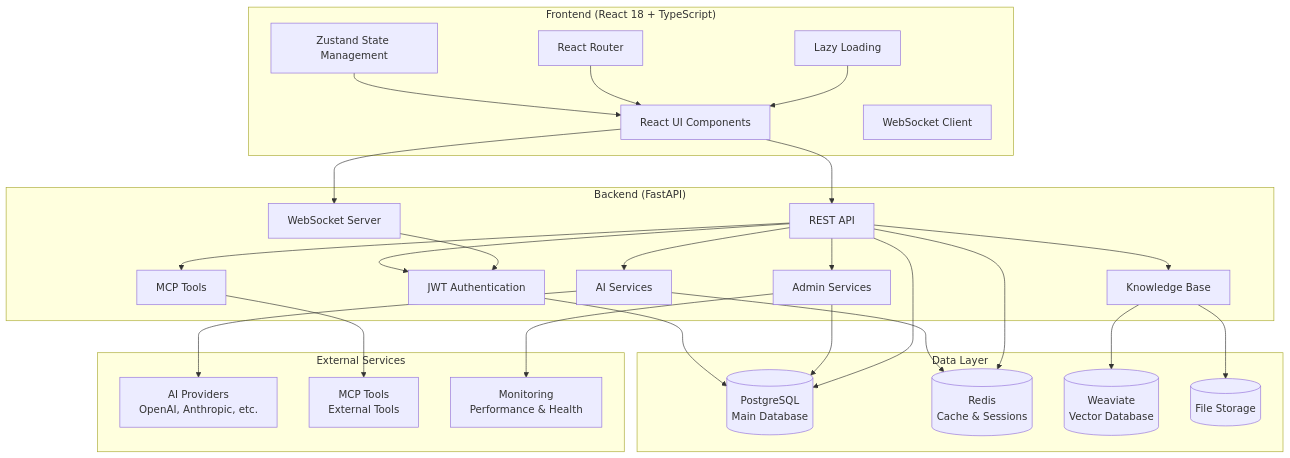
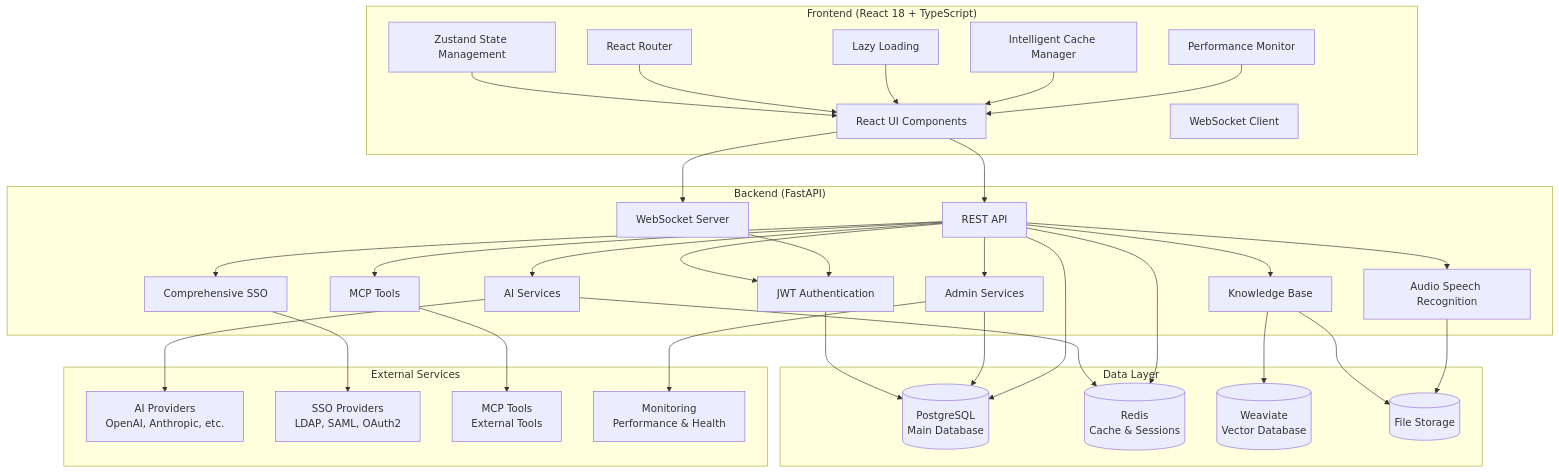
Before and after one commit to ConvoSphere/ConvoSphere: the diagram in docs/index.md, drawn with Mermaid. The commit also changed other lines of this file and 4 other files, not shown here.

````diff
--- a/docs/index.md
+++ b/docs/index.md
@@ -126,58 +176,69 @@
 ```mermaid
 graph TB
     subgraph "Frontend (React 18 + TypeScript)"
         UI[React UI Components]
         WS[WebSocket Client]
         State[Zustand State Management]
         Router[React Router]
         Lazy[Lazy Loading]
+        Cache[Intelligent Cache Manager]
+        Perf[Performance Monitor]
     end
     
     subgraph "Backend (FastAPI)"
         API[REST API]
         WS_Server[WebSocket Server]
         Auth[JWT Authentication]
+        SSO[Comprehensive SSO]
         AI[AI Services]
         KB[Knowledge Base]
         Tools[MCP Tools]
         Admin[Admin Services]
+        ASR[Audio Speech Recognition]
     end
     
     subgraph "Data Layer"
         PG[(PostgreSQL<br/>Main Database)]
         Redis[(Redis<br/>Cache & Sessions)]
         Weaviate[(Weaviate<br/>Vector Database)]
         Storage[(File Storage)]
     end
     
     subgraph "External Services"
         AI_Providers[AI Providers<br/>OpenAI, Anthropic, etc.]
+        SSO_Providers[SSO Providers<br/>LDAP, SAML, OAuth2]
         MCP_Tools[MCP Tools<br/>External Tools]
         Monitor[Monitoring<br/>Performance & Health]
     end
     
     UI --> API
     UI --> WS_Server
     State --> UI
     Router --> UI
     Lazy --> UI
+    Cache --> UI
+    Perf --> UI
     
     API --> Auth
+    API --> SSO
     API --> AI
     API --> KB
     API --> Tools
     API --> Admin
+    API --> ASR
     WS_Server --> Auth
     
     Auth --> PG
+    SSO --> SSO_Providers
     AI --> AI_Providers
     AI --> Redis
     KB --> Weaviate
     KB --> Storage
     Tools --> MCP_Tools
     Admin --> PG
     Admin --> Monitor
+    ASR --> Storage
     
     API --> PG
     API --> Redis
 ```
````
